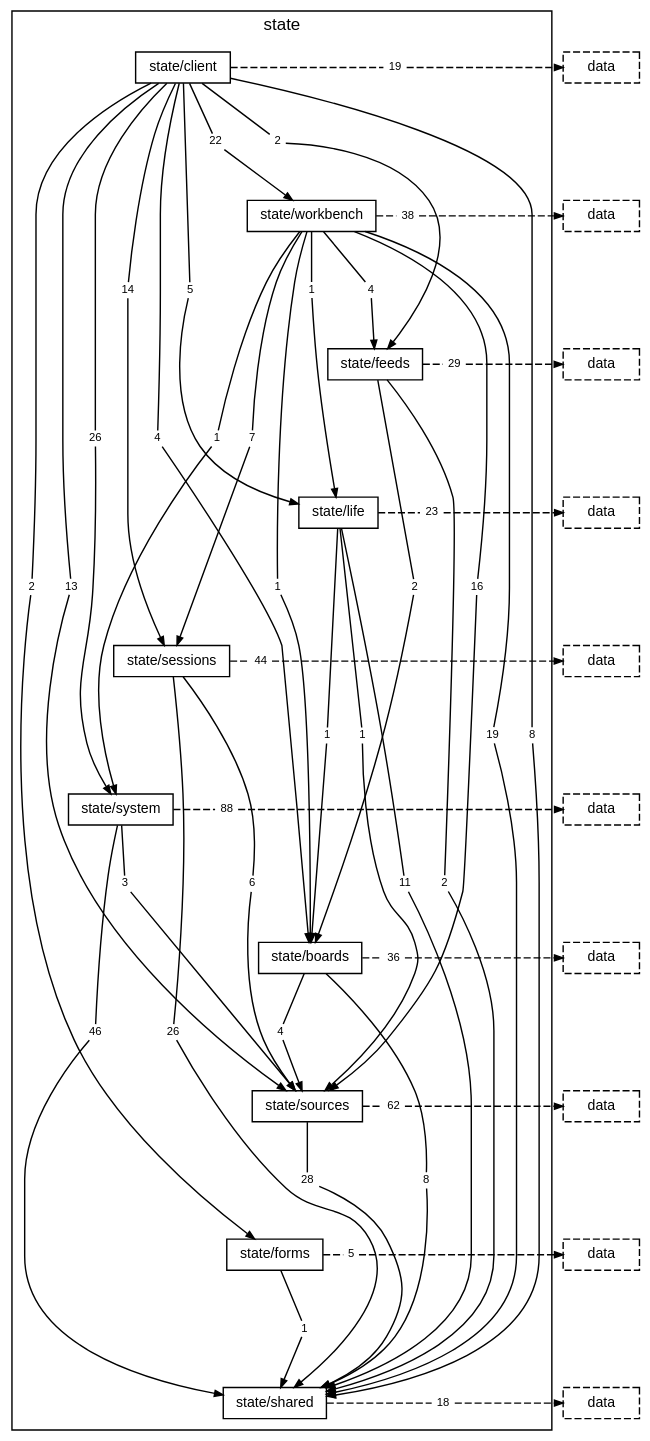
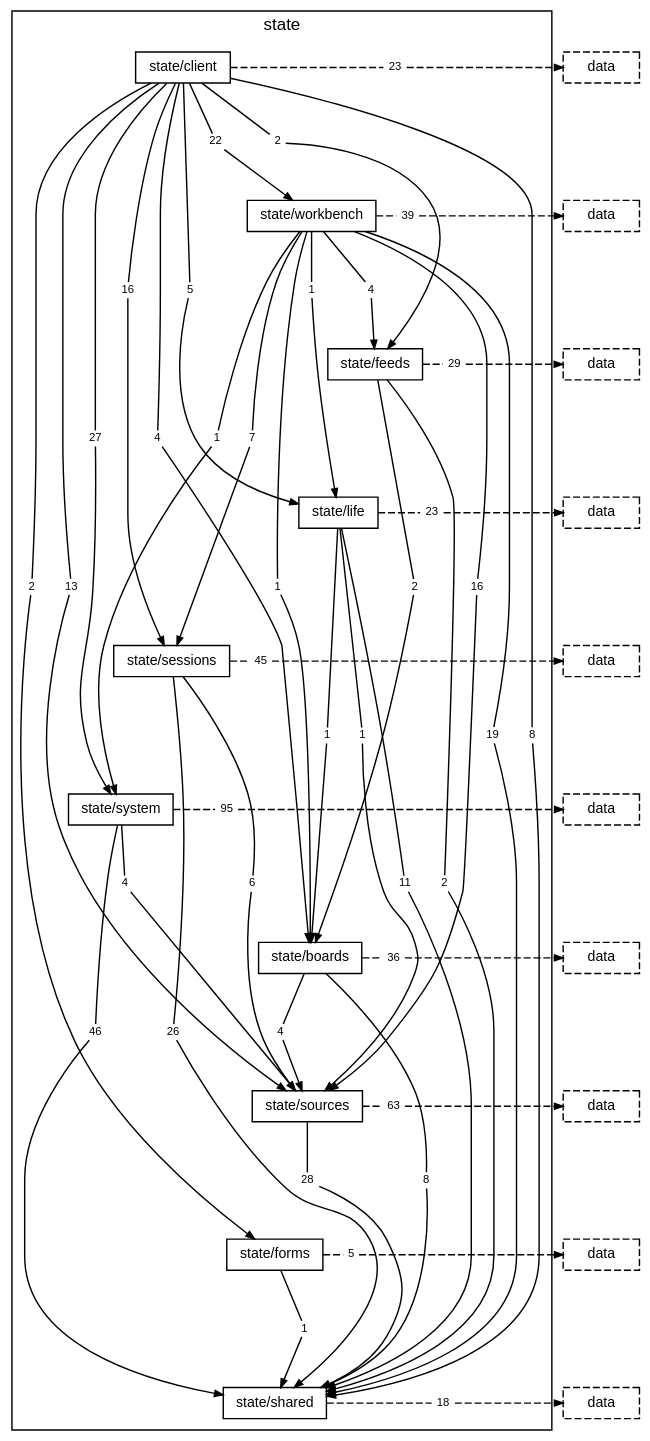
One commit to TheAxeC/oculus changed the diagram in docs/diagrams/layer-state.dot. Above: the diagram before and after it, drawn with Graphviz. The commit also changed 390 other files, not shown here.

```diff
--- a/docs/diagrams/layer-state.dot
+++ b/docs/diagrams/layer-state.dot
@@ -18,12 +18,12 @@
         "folder state/client to folder state/feeds" [label="2", shape=box, color="transparent", fontsize=8, width=0, height=0, margin="0.04,0.02"];
         "folder state/client to folder state/forms" [label="2", shape=box, color="transparent", fontsize=8, width=0, height=0, margin="0.04,0.02"];
         "folder state/client to folder state/life" [label="5", shape=box, color="transparent", fontsize=8, width=0, height=0, margin="0.04,0.02"];
-        "folder state/client to folder state/sessions" [label="14", shape=box, color="transparent", fontsize=8, width=0, height=0, margin="0.04,0.02"];
+        "folder state/client to folder state/sessions" [label="16", shape=box, color="transparent", fontsize=8, width=0, height=0, margin="0.04,0.02"];
         "folder state/client to folder state/shared" [label="8", shape=box, color="transparent", fontsize=8, width=0, height=0, margin="0.04,0.02"];
         "folder state/client to folder state/sources" [label="13", shape=box, color="transparent", fontsize=8, width=0, height=0, margin="0.04,0.02"];
-        "folder state/client to folder state/system" [label="26", shape=box, color="transparent", fontsize=8, width=0, height=0, margin="0.04,0.02"];
+        "folder state/client to folder state/system" [label="27", shape=box, color="transparent", fontsize=8, width=0, height=0, margin="0.04,0.02"];
         "folder state/client to folder state/workbench" [label="22", shape=box, color="transparent", fontsize=8, width=0, height=0, margin="0.04,0.02"];
-        "folder state/client to layer data" [label="19", shape=box, color="transparent", fontsize=8, width=0, height=0, margin="0.04,0.02"];
+        "folder state/client to layer data" [label="23", shape=box, color="transparent", fontsize=8, width=0, height=0, margin="0.04,0.02"];
         "folder state/workbench to folder state/boards" [label="1", shape=box, color="transparent", fontsize=8, width=0, height=0, margin="0.04,0.02"];
         "folder state/workbench to folder state/feeds" [label="4", shape=box, color="transparent", fontsize=8, width=0, height=0, margin="0.04,0.02"];
         "folder state/workbench to folder state/life" [label="1", shape=box, color="transparent", fontsize=8, width=0, height=0, margin="0.04,0.02"];
@@ -31,7 +31,7 @@
         "folder state/workbench to folder state/shared" [label="19", shape=box, color="transparent", fontsize=8, width=0, height=0, margin="0.04,0.02"];
         "folder state/workbench to folder state/sources" [label="16", shape=box, color="transparent", fontsize=8, width=0, height=0, margin="0.04,0.02"];
         "folder state/workbench to folder state/system" [label="1", shape=box, color="transparent", fontsize=8, width=0, height=0, margin="0.04,0.02"];
-        "folder state/workbench to layer data" [label="38", shape=box, color="transparent", fontsize=8, width=0, height=0, margin="0.04,0.02"];
+        "folder state/workbench to layer data" [label="39", shape=box, color="transparent", fontsize=8, width=0, height=0, margin="0.04,0.02"];
         "folder state/feeds to folder state/boards" [label="2", shape=box, color="transparent", fontsize=8, width=0, height=0, margin="0.04,0.02"];
         "folder state/feeds to folder state/shared" [label="2", shape=box, color="transparent", fontsize=8, width=0, height=0, margin="0.04,0.02"];
         "folder state/feeds to layer data" [label="29", shape=box, color="transparent", fontsize=8, width=0, height=0, margin="0.04,0.02"];
@@ -41,15 +41,15 @@
         "folder state/life to layer data" [label="23", shape=box, color="transparent", fontsize=8, width=0, height=0, margin="0.04,0.02"];
         "folder state/sessions to folder state/shared" [label="26", shape=box, color="transparent", fontsize=8, width=0, height=0, margin="0.04,0.02"];
         "folder state/sessions to folder state/sources" [label="6", shape=box, color="transparent", fontsize=8, width=0, height=0, margin="0.04,0.02"];
-        "folder state/sessions to layer data" [label="44", shape=box, color="transparent", fontsize=8, width=0, height=0, margin="0.04,0.02"];
+        "folder state/sessions to layer data" [label="45", shape=box, color="transparent", fontsize=8, width=0, height=0, margin="0.04,0.02"];
         "folder state/system to folder state/shared" [label="46", shape=box, color="transparent", fontsize=8, width=0, height=0, margin="0.04,0.02"];
-        "folder state/system to folder state/sources" [label="3", shape=box, color="transparent", fontsize=8, width=0, height=0, margin="0.04,0.02"];
-        "folder state/system to layer data" [label="88", shape=box, color="transparent", fontsize=8, width=0, height=0, margin="0.04,0.02"];
+        "folder state/system to folder state/sources" [label="4", shape=box, color="transparent", fontsize=8, width=0, height=0, margin="0.04,0.02"];
+        "folder state/system to layer data" [label="95", shape=box, color="transparent", fontsize=8, width=0, height=0, margin="0.04,0.02"];
         "folder state/boards to folder state/shared" [label="8", shape=box, color="transparent", fontsize=8, width=0, height=0, margin="0.04,0.02"];
         "folder state/boards to folder state/sources" [label="4", shape=box, color="transparent", fontsize=8, width=0, height=0, margin="0.04,0.02"];
         "folder state/boards to layer data" [label="36", shape=box, color="transparent", fontsize=8, width=0, height=0, margin="0.04,0.02"];
         "folder state/sources to folder state/shared" [label="28", shape=box, color="transparent", fontsize=8, width=0, height=0, margin="0.04,0.02"];
-        "folder state/sources to layer data" [label="62", shape=box, color="transparent", fontsize=8, width=0, height=0, margin="0.04,0.02"];
+        "folder state/sources to layer data" [label="63", shape=box, color="transparent", fontsize=8, width=0, height=0, margin="0.04,0.02"];
         "folder state/forms to folder state/shared" [label="1", shape=box, color="transparent", fontsize=8, width=0, height=0, margin="0.04,0.02"];
         "folder state/forms to layer data" [label="5", shape=box, color="transparent", fontsize=8, width=0, height=0, margin="0.04,0.02"];
         "folder state/shared to layer data" [label="18", shape=box, color="transparent", fontsize=8, width=0, height=0, margin="0.04,0.02"];
```
